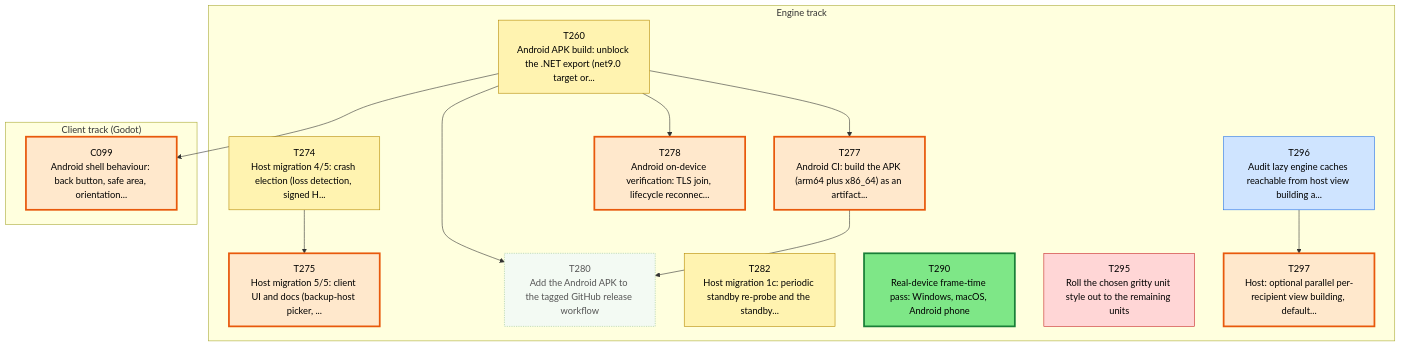
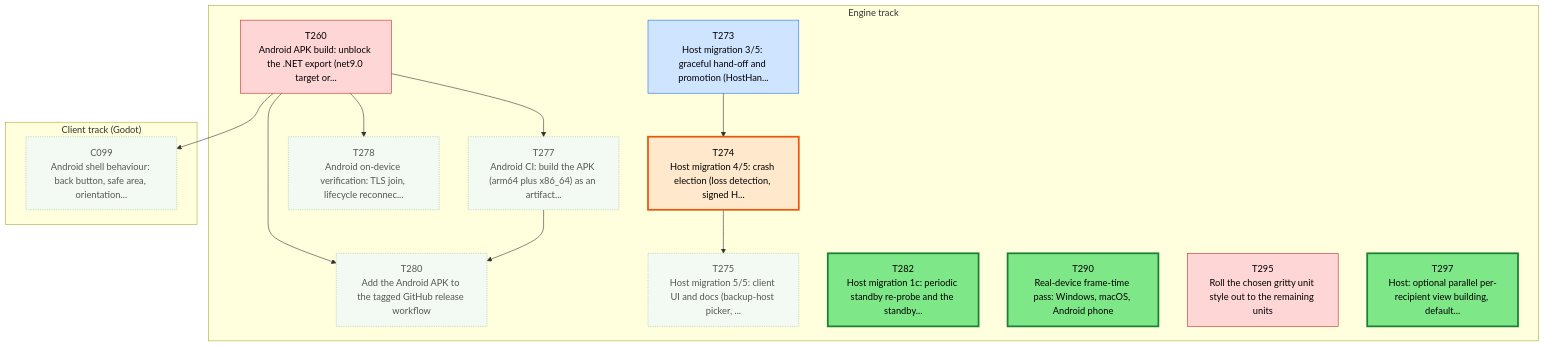
Before and after one commit to Kenmura/Unciv: the first of 3 diagrams in csharp/migration/DEPENDENCY_MAP.md, drawn with Mermaid. The commit also changed other lines of this file and 1 other file, not shown here.

Commit message:
migration: review T296 pass [Claude-T296, isolated adversarial x2]

````diff
--- a/csharp/migration/DEPENDENCY_MAP.md
+++ b/csharp/migration/DEPENDENCY_MAP.md
@@ -35,45 +35,45 @@
 ```mermaid
 flowchart TD
   subgraph TTRACK["Engine track"]
     T260["T260<br/>Android APK build: unblock the .NET export (net9.0 target or..."]
+    T273["T273<br/>Host migration 3/5: graceful hand-off and promotion (HostHan..."]
     T274["T274<br/>Host migration 4/5: crash election (loss detection, signed H..."]
     T275["T275<br/>Host migration 5/5: client UI and docs (backup-host picker, ..."]
     T277["T277<br/>Android CI: build the APK (arm64 plus x86_64) as an artifact..."]
     T278["T278<br/>Android on-device verification: TLS join, lifecycle reconnec..."]
     T280["T280<br/>Add the Android APK to the tagged GitHub release workflow"]
     T282["T282<br/>Host migration 1c: periodic standby re-probe and the standby..."]
     T290["T290<br/>Real-device frame-time pass: Windows, macOS, Android phone"]
     T295["T295<br/>Roll the chosen gritty unit style out to the remaining units"]
-    T296["T296<br/>Audit lazy engine caches reachable from host view building a..."]
     T297["T297<br/>Host: optional parallel per-recipient view building, default..."]
   end
   subgraph CTRACK["Client track (Godot)"]
     C099["C099<br/>Android shell behaviour: back button, safe area, orientation..."]
   end
+  T273 --> T274
   T274 --> T275
   T260 --> T277
   T260 --> T278
   T260 --> T280
   T277 --> T280
-  T296 --> T297
   T260 --> C099
   classDef waiting fill:#f3faf3,stroke:#9bc49b,color:#555,stroke-dasharray:2 2
   classDef ondeck fill:#ffe8cc,stroke:#e8590c,stroke-width:3px,color:#000
   classDef ready fill:#7ee787,stroke:#1a7f37,stroke-width:3px,color:#000
   classDef prog fill:#fff3b0,stroke:#b58900,color:#000
   classDef review fill:#cfe4ff,stroke:#1f6feb,color:#000
   classDef blocked fill:#ffd6d6,stroke:#c62828,color:#000
   classDef done fill:#eeeeee,stroke:#999999,color:#666,stroke-dasharray:4 3
-  class C099 ondeck
-  class T260 prog
-  class T274 prog
-  class T275 ondeck
-  class T277 ondeck
-  class T278 ondeck
+  class C099 waiting
+  class T260 blocked
+  class T273 review
+  class T274 ondeck
+  class T275 waiting
+  class T277 waiting
+  class T278 waiting
   class T280 waiting
-  class T282 prog
+  class T282 ready
   class T290 ready
   class T295 blocked
-  class T296 review
-  class T297 ondeck
+  class T297 ready
 ```
````
